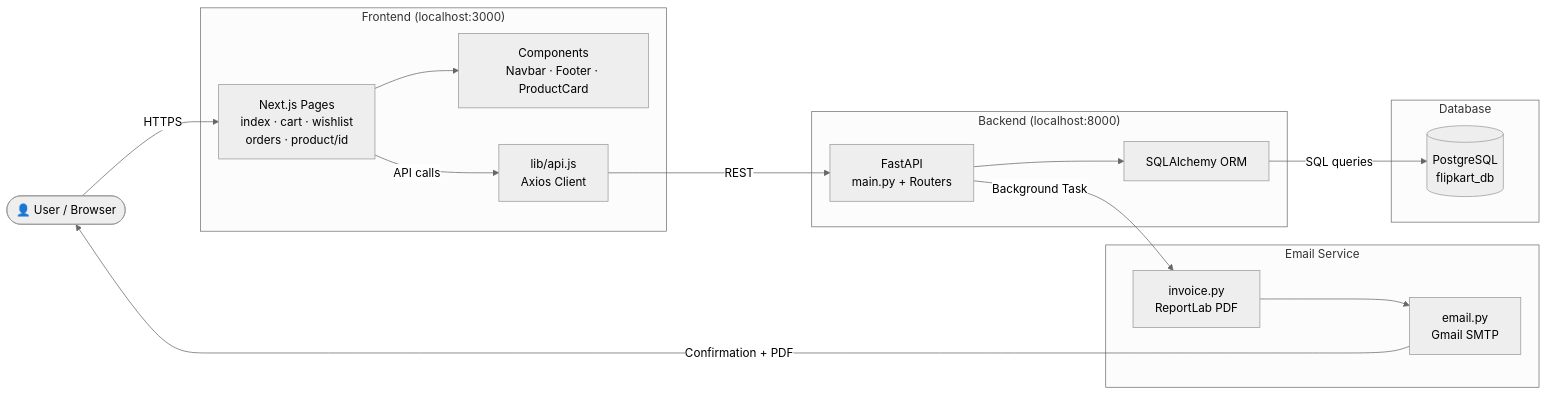
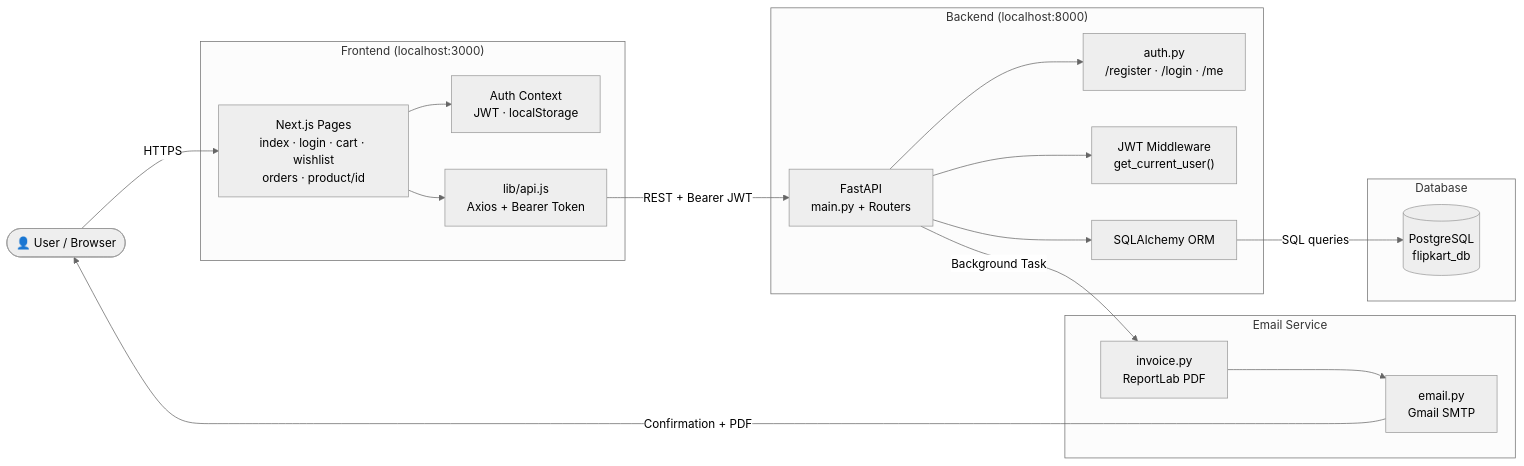
The first of 4 diagrams in README.md (Muditkalra21/Ecommerce_website), drawn with Mermaid (neutral theme) before and after one commit. The commit also changed other lines of this file and 24 other files, not shown here.

````diff
--- a/README.md
+++ b/README.md
@@ -37,34 +39,38 @@
 ```mermaid
 flowchart LR
     User(["👤 User / Browser"])
 
     subgraph Frontend["Frontend (localhost:3000)"]
-        Pages["Next.js Pages\nindex · cart · wishlist\norders · product/id"]
-        Components["Components\nNavbar · Footer · ProductCard"]
-        ApiLib["lib/api.js\nAxios Client"]
-        Pages --> Components
+        Pages["Next.js Pages\nindex · login · cart · wishlist\norders · product/id"]
+        Auth["Auth Context\nJWT · localStorage"]
+        ApiLib["lib/api.js\nAxios + Bearer Token"]
+        Pages --> Auth
+        Pages --> ApiLib
     end
 
     subgraph Backend["Backend (localhost:8000)"]
         FastAPI["FastAPI\nmain.py + Routers"]
+        AuthRouter["auth.py\n/register · /login · /me"]
+        JWT["JWT Middleware\nget_current_user()"]
         ORM["SQLAlchemy ORM"]
+        FastAPI --> AuthRouter
+        FastAPI --> JWT
         FastAPI --> ORM
     end
 
     subgraph Database["Database"]
         PG[("PostgreSQL\nflipkart_db")]
     end
 
     subgraph EmailService["Email Service"]
         Invoice["invoice.py\nReportLab PDF"]
         Mail["email.py\nGmail SMTP"]
         Invoice --> Mail
     end
 
     User -->|"HTTPS"| Pages
-    Pages -->|"API calls"| ApiLib
-    ApiLib -->|"REST"| FastAPI
+    ApiLib -->|"REST + Bearer JWT"| FastAPI
     ORM -->|"SQL queries"| PG
     FastAPI -->|"Background Task"| Invoice
     Mail -->|"Confirmation + PDF"| User
 ```
````
